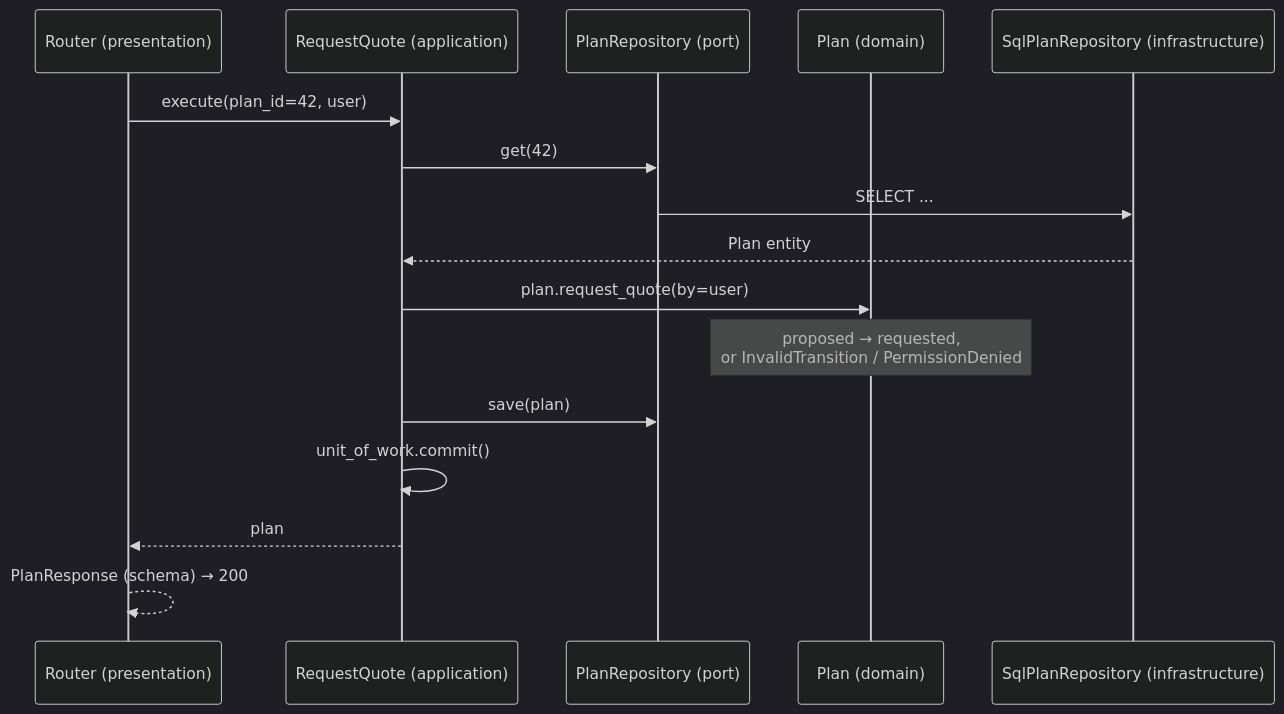
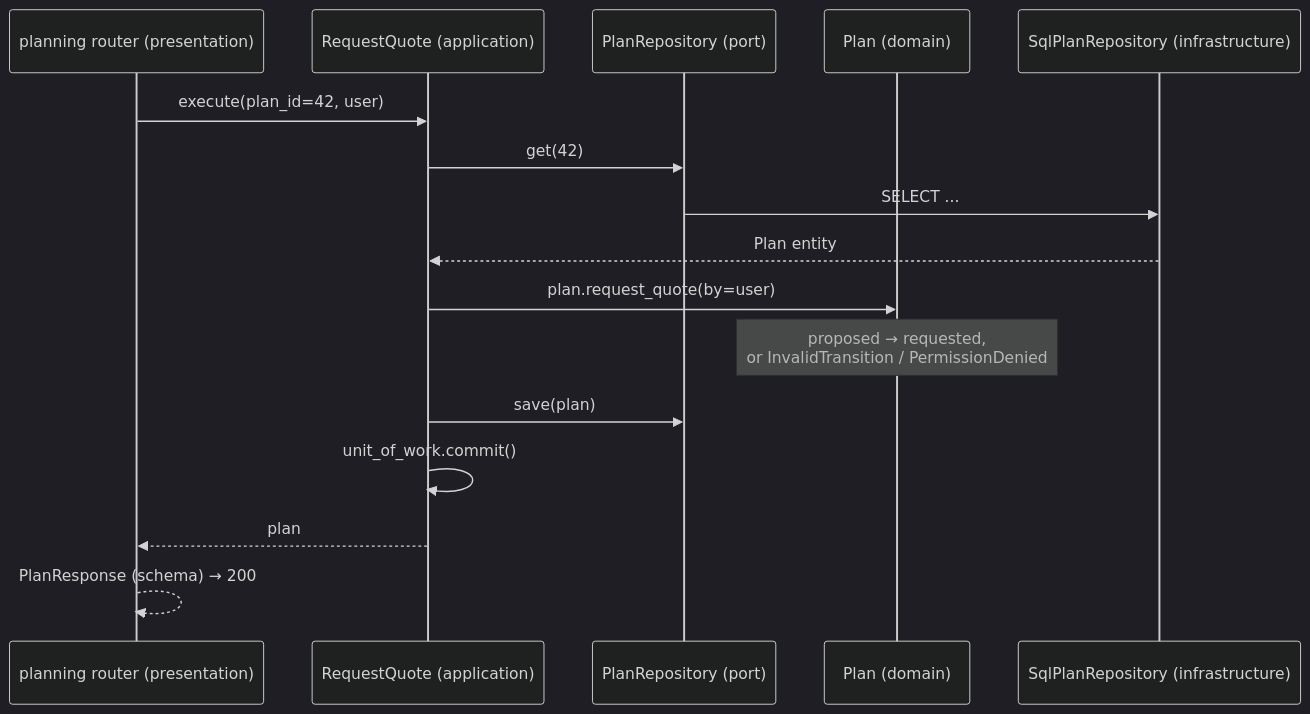
One commit to loaiattar/Novoya changed the fourth of 4 diagrams in docs/BACKEND.md. Above: the diagram before and after it, drawn with Mermaid (dark theme). The commit also changed other lines of this file and 113 other files, not shown here.

First line of the commit message:
Backend: modular monolith with Clean Architecture in each module

````diff
--- a/docs/BACKEND.md
+++ b/docs/BACKEND.md
@@ -202,18 +187,18 @@
 ```mermaid
 sequenceDiagram
-  participant R as Router (presentation)
+  participant R as planning router (presentation)
   participant UC as RequestQuote (application)
   participant Repo as PlanRepository (port)
   participant P as Plan (domain)
   participant DB as SqlPlanRepository (infrastructure)
   R->>UC: execute(plan_id=42, user)
   UC->>Repo: get(42)
   Repo->>DB: SELECT ...
   DB-->>UC: Plan entity
   UC->>P: plan.request_quote(by=user)
   Note over P: proposed → requested,<br/>or InvalidTransition / PermissionDenied
   UC->>Repo: save(plan)
   UC->>UC: unit_of_work.commit()
   UC-->>R: plan
   R-->>R: PlanResponse (schema) → 200
 ```
````
